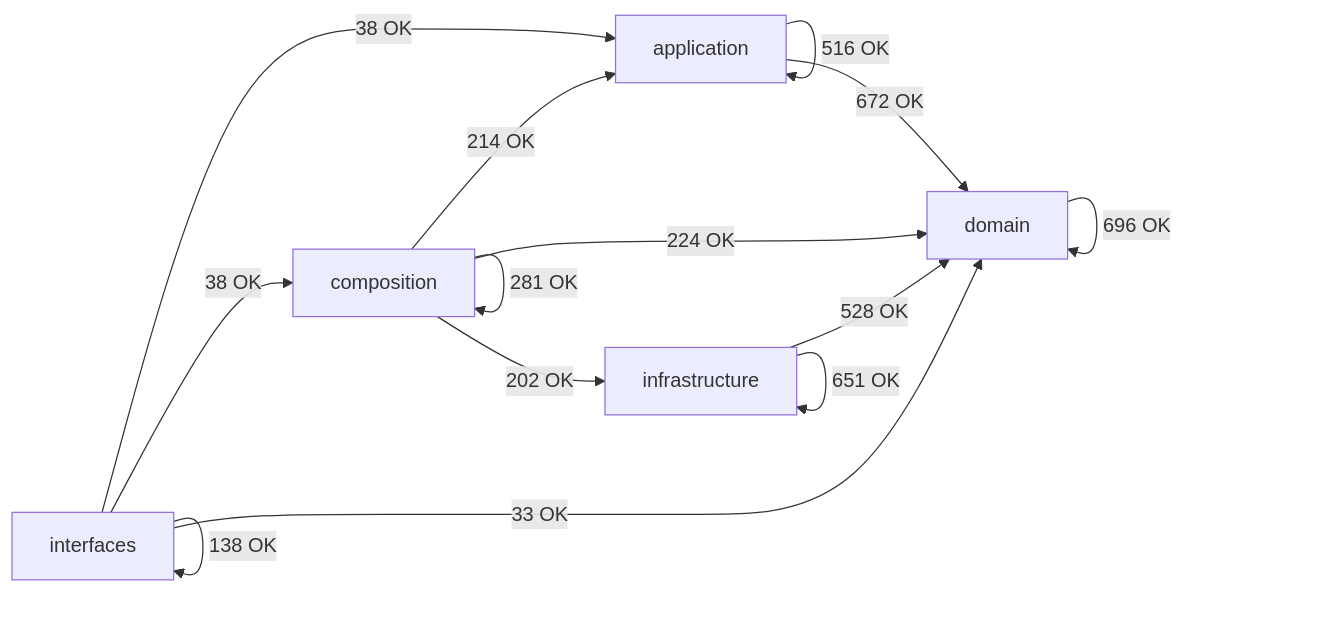
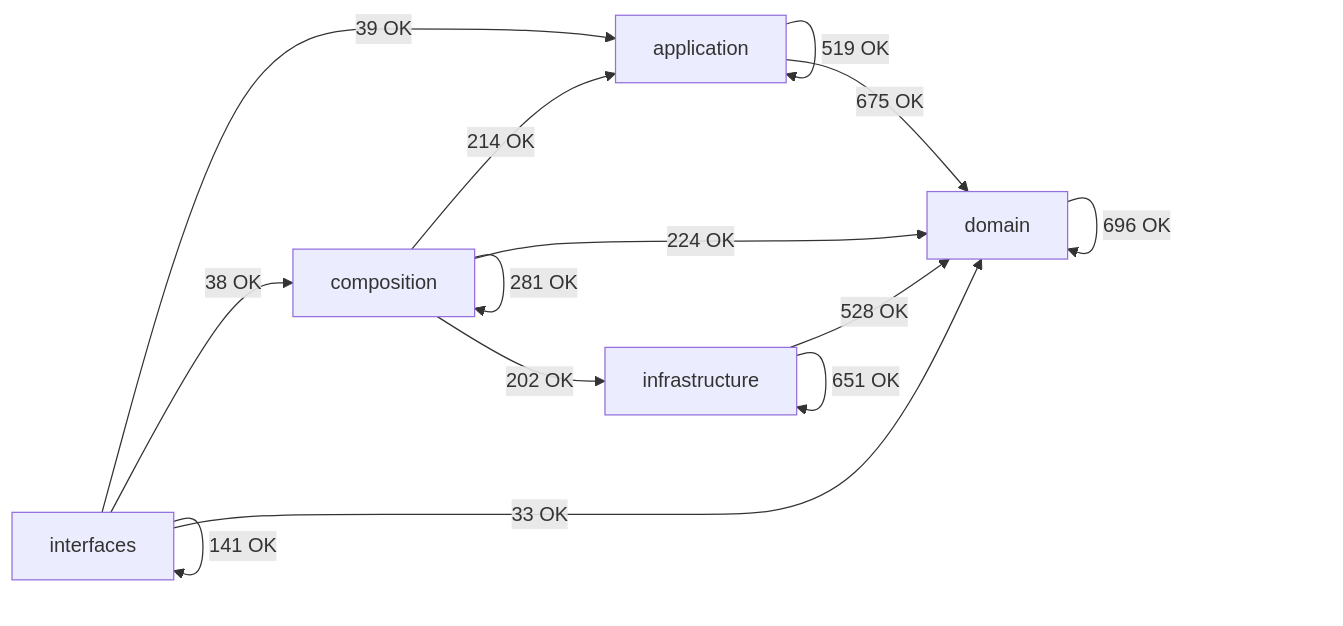
The diagram in docs/02-architecture/generated/module-dependency-map.md (SatoryKono/BioactivityDataAcquisition), drawn with Mermaid before and after one commit. The commit also changed other lines of this file and 20 other files, not shown here.

First line of the commit message:
Update diagram governance, dep map, and schemas

````diff
--- a/docs/02-architecture/generated/module-dependency-map.md
+++ b/docs/02-architecture/generated/module-dependency-map.md
@@ -16,21 +16,21 @@
 ```mermaid
 flowchart LR
     domain[domain]
     application[application]
     infrastructure[infrastructure]
     composition[composition]
     interfaces[interfaces]
-    application -->|516 OK| application
-    application -->|672 OK| domain
+    application -->|519 OK| application
+    application -->|675 OK| domain
     composition -->|214 OK| application
     composition -->|281 OK| composition
     composition -->|224 OK| domain
     composition -->|202 OK| infrastructure
     domain -->|696 OK| domain
     infrastructure -->|528 OK| domain
     infrastructure -->|651 OK| infrastructure
-    interfaces -->|38 OK| application
+    interfaces -->|39 OK| application
     interfaces -->|38 OK| composition
     interfaces -->|33 OK| domain
-    interfaces -->|138 OK| interfaces
+    interfaces -->|141 OK| interfaces
 ```
````
